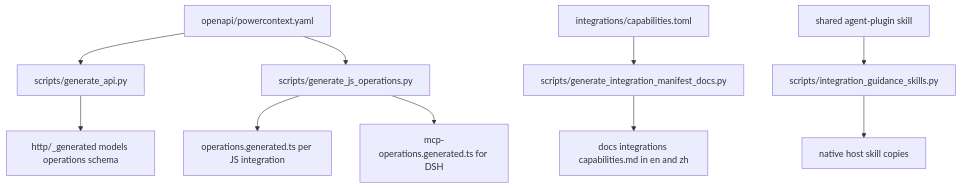
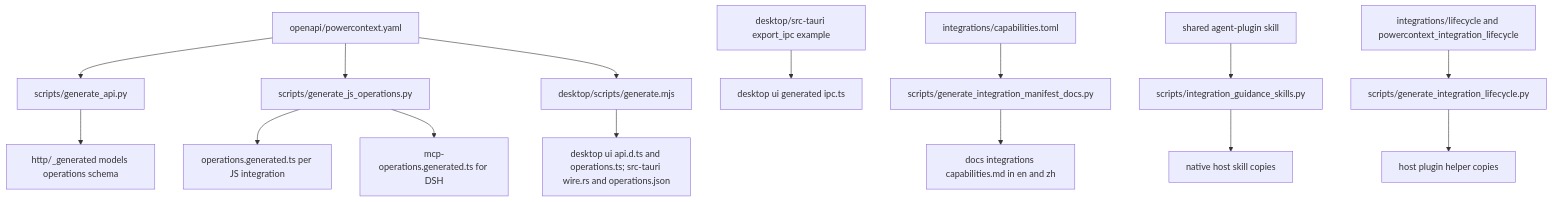
Before and after one commit to vieGPT/powercontext-enigma-agent-memory: the diagram in openwiki/architecture/source-map.md, drawn with Mermaid. The commit also changed other lines of this file and 69 other files, not shown here.

````diff
--- a/openwiki/architecture/source-map.md
+++ b/openwiki/architecture/source-map.md
@@ -151,12 +205,17 @@
 ```mermaid
 flowchart TD
   A["openapi/powercontext.yaml"] --> B["scripts/generate_api.py"]
   B --> C["http/_generated models operations schema"]
   A --> D["scripts/generate_js_operations.py"]
   D --> E["operations.generated.ts per JS integration"]
   D --> F["mcp-operations.generated.ts for DSH"]
-  G["integrations/capabilities.toml"] --> H["scripts/generate_integration_manifest_docs.py"]
-  H --> I["docs integrations capabilities.md in en and zh"]
-  J["shared agent-plugin skill"] --> K["scripts/integration_guidance_skills.py"]
-  K --> L["native host skill copies"]
+  A --> G["desktop/scripts/generate.mjs"]
+  G --> H["desktop ui api.d.ts and operations.ts; src-tauri wire.rs and operations.json"]
+  I["desktop/src-tauri export_ipc example"] --> J["desktop ui generated ipc.ts"]
+  K["integrations/capabilities.toml"] --> L["scripts/generate_integration_manifest_docs.py"]
+  L --> M["docs integrations capabilities.md in en and zh"]
+  N["shared agent-plugin skill"] --> O["scripts/integration_guidance_skills.py"]
+  O --> P["native host skill copies"]
+  Q["integrations/lifecycle and powercontext_integration_lifecycle"] --> R["scripts/generate_integration_lifecycle.py"]
+  R --> S["host plugin helper copies"]
 ```
````
